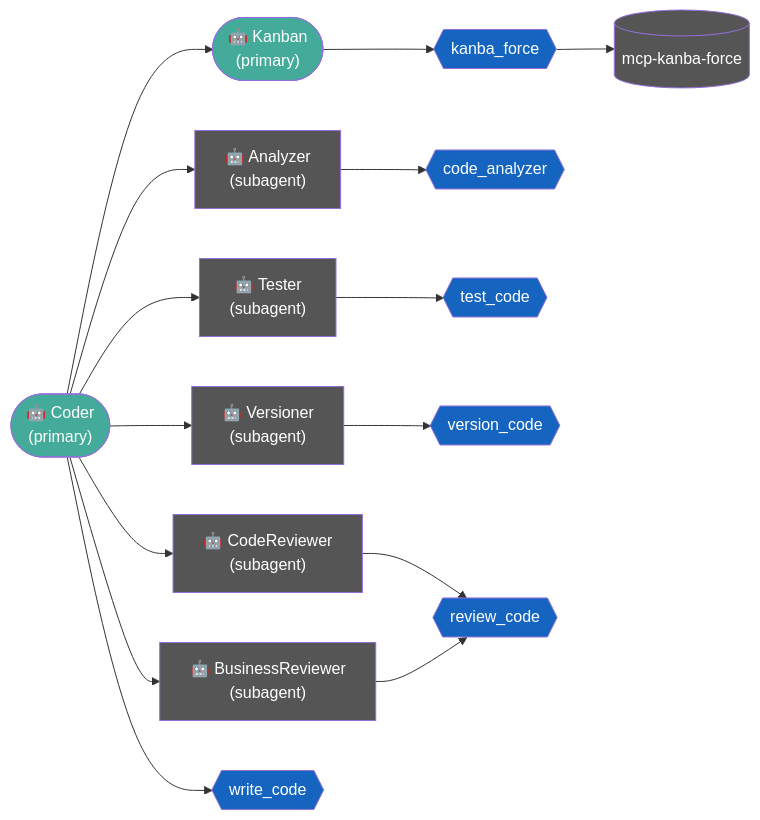
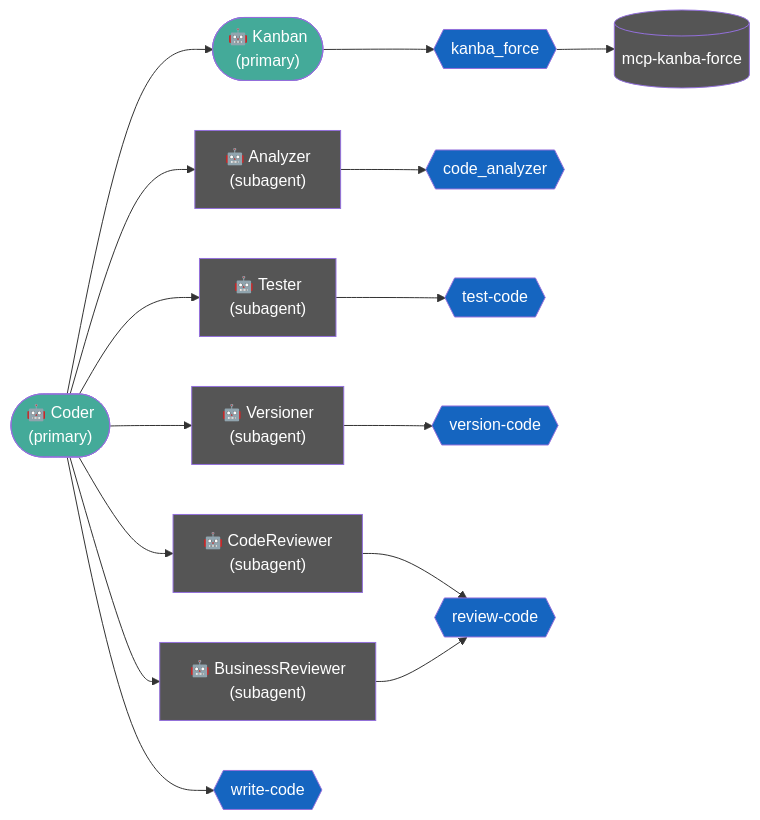
Before and after one commit to paraizofelipe/coder: the diagram in README.md, drawn with Mermaid. The commit also changed other lines of this file and 32 other files, not shown here.

````diff
--- a/README.md
+++ b/README.md
@@ -28,41 +28,41 @@
 ```mermaid
 flowchart LR
 
     Coder(["🤖 Coder\n(primary)"])
     Kanban(["🤖 Kanban\n(primary)"])
     Analyzer["🤖 Analyzer\n(subagent)"]
     Tester["🤖 Tester\n(subagent)"]
     Versioner["🤖 Versioner\n(subagent)"]
     CodeReviewer["🤖 CodeReviewer\n(subagent)"]
     BusinessReviewer["🤖 BusinessReviewer\n(subagent)"]
 
     Coder --> Analyzer
     Coder --> Versioner
     Coder --> Tester
     Coder --> Kanban
     Coder --> CodeReviewer
     Coder --> BusinessReviewer
 
     Kanban --> kanba_force{{kanba_force}}:::task
     kanba_force --> MCP[(mcp-kanba-force)]:::mcp
     
     Analyzer --> code_analyzer{{code_analyzer}}:::task
 
-    Tester --> test_code{{test_code}}:::task
+    Tester --> test-code{{test-code}}:::task
 
-    Versioner --> version_code{{version_code}}:::task
+    Versioner --> version-code{{version-code}}:::task
 
-    Coder --> write_code{{write_code}}:::task
+    Coder --> write-code{{write-code}}:::task
 
-    CodeReviewer --> review_code{{review_code}}:::task
+    CodeReviewer --> review-code{{review-code}}:::task
 
-    BusinessReviewer --> review_code{{review_code}}:::task
+    BusinessReviewer --> review-code{{review-code}}:::task
 
     classDef agent fill:#4A9,color:#fff
     classDef subAgent fill:#555,color:#fff
     classDef task fill:#1565C0,color:#fff
     classDef mcp fill:#555,color:#fff
 
     class Coder,Kanban agent
     class Analyzer,Tester,Versioner,CodeReviewer,BusinessReviewer subAgent
 ```
````
